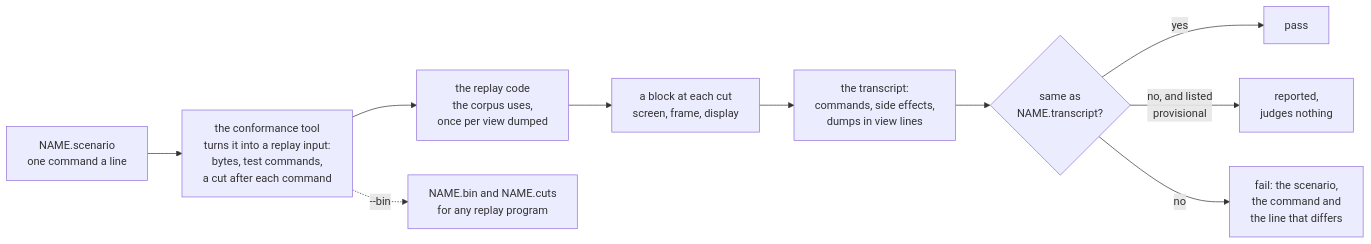
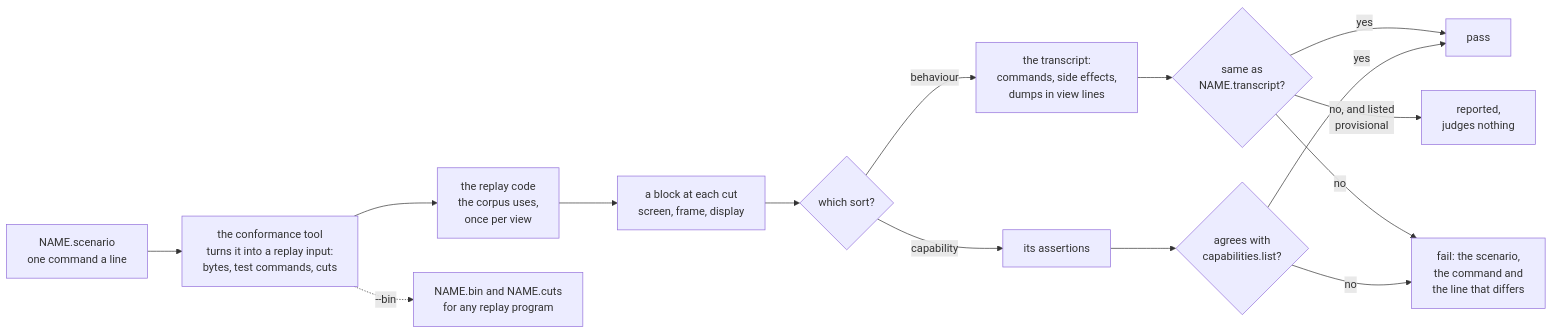
The diagram in docs/architecture/project/ADR-1504-tier-1-scenarios-readable-files-that-each-check-one-behaviour-played-through-the-replay-interface-and-judged-by-a-transcript.md (vtium/vtium), drawn with Mermaid before and after one commit. The commit also changed other lines of this file, not shown here.

````diff
--- a/docs/architecture/project/ADR-1504-tier-1-scenarios-readable-files-that-each-check-one-behaviour-played-through-the-replay-interface-and-judged-by-a-transcript.md
+++ b/docs/architecture/project/ADR-1504-tier-1-scenarios-readable-files-that-each-check-one-behaviour-played-through-the-replay-interface-and-judged-by-a-transcript.md
@@ -191,12 +250,17 @@
 ```mermaid
 flowchart LR
-    S["NAME.scenario<br>one command a line"] --> C["the conformance tool<br>turns it into a replay input:<br>bytes, test commands,<br>a cut after each command"]
-    C --> R["the replay code<br>the corpus uses,<br>once per view dumped"]
+    S["NAME.scenario<br>one command a line"] --> C["the conformance tool<br>turns it into a replay input:<br>bytes, test commands, cuts"]
+    C --> R["the replay code<br>the corpus uses,<br>once per view"]
     R --> B["a block at each cut<br>screen, frame, display"]
-    B --> T["the transcript:<br>commands, side effects,<br>dumps in view lines"]
+    B --> K{"which sort?"}
+    K -->|behaviour| T["the transcript:<br>commands, side effects,<br>dumps in view lines"]
     T --> J{"same as<br>NAME.transcript?"}
     J -->|yes| P["pass"]
     J -->|no, and listed<br>provisional| N["reported,<br>judges nothing"]
     J -->|no| F["fail: the scenario,<br>the command and<br>the line that differs"]
+    K -->|capability| A["its assertions"]
+    A --> L{"agrees with<br>capabilities.list?"}
+    L -->|yes| P
+    L -->|no| F
     C -.->|"--bin"| X["NAME.bin and NAME.cuts<br>for any replay program"]
 ```
````
